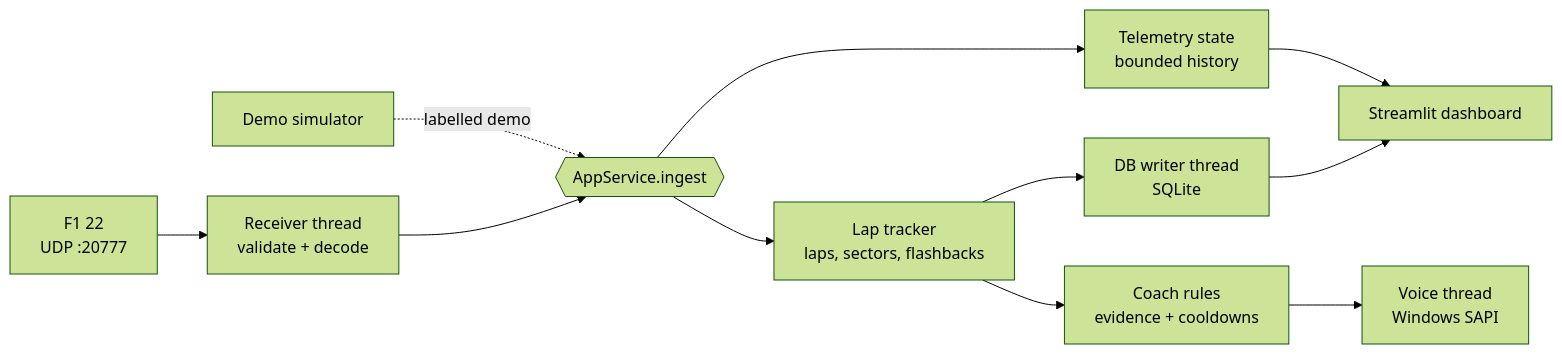
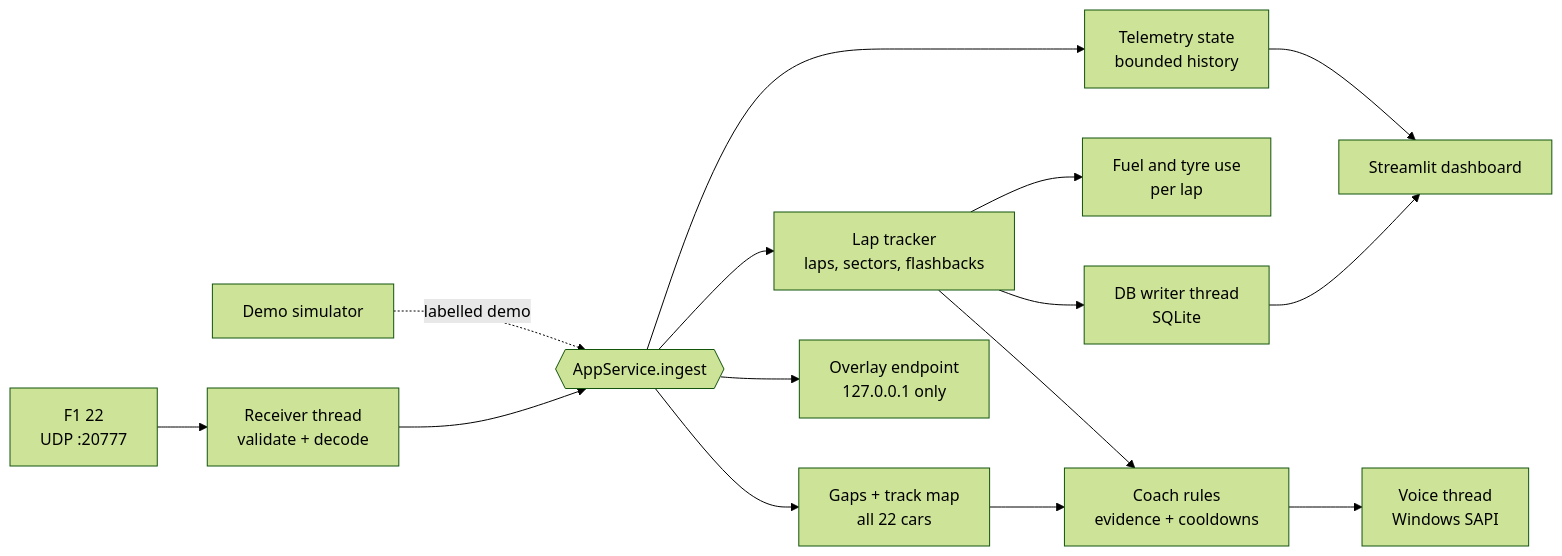
One commit to arjun-nair1090/purplesector changed the diagram in README.md. Above: the diagram before and after it, drawn with Mermaid (forest theme). The commit also changed other lines of this file and 33 other files, not shown here.

First line of the commit message:
Add track map, race gaps, fuel/tyre strategy, radio on request, lap import, progress chart and overlay

````diff
--- a/README.md
+++ b/README.md
@@ -129,13 +163,17 @@
 ```mermaid
 flowchart LR
     G[F1 22<br>UDP :20777] --> R[Receiver thread<br>validate + decode]
     D[Demo simulator] -. labelled demo .-> S
     R --> S{{AppService.ingest}}
     S --> T[Telemetry state<br>bounded history]
     S --> L[Lap tracker<br>laps, sectors, flashbacks]
+    S --> P[Gaps + track map<br>all 22 cars]
+    L --> F[Fuel and tyre use<br>per lap]
     L --> C[Coach rules<br>evidence + cooldowns]
+    P --> C
     C --> V[Voice thread<br>Windows SAPI]
     L --> W[DB writer thread<br>SQLite]
     T --> UI[Streamlit dashboard]
     W --> UI
+    S --> O[Overlay endpoint<br>127.0.0.1 only]
 ```
````
